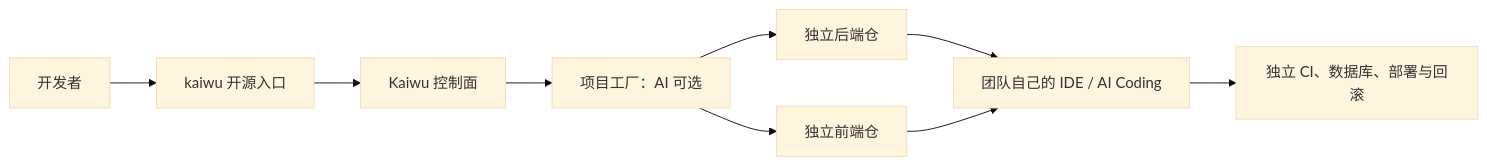
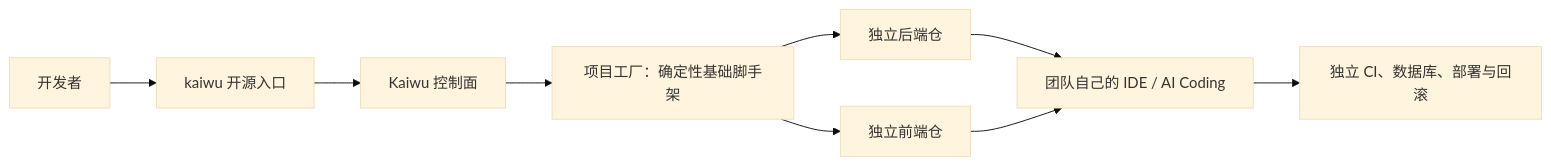
The diagram in README.md (kaiwuzaidao/kaiwu), drawn with Mermaid (base theme) before and after one commit. The commit also changed other lines of this file and 9 other files, not shown here.

````diff
--- a/README.md
+++ b/README.md
@@ -55,11 +58,11 @@
 ```mermaid
 flowchart LR
     User["开发者"] --> Entry["kaiwu 开源入口"]
     Entry --> Platform["Kaiwu 控制面"]
-    Platform --> Factory["项目工厂：AI 可选"]
+    Platform --> Factory["项目工厂：确定性基础脚手架"]
     Factory --> Backend["独立后端仓"]
     Factory --> Frontend["独立前端仓"]
     Backend --> Coding["团队自己的 IDE / AI Coding"]
     Frontend --> Coding
     Coding --> Delivery["独立 CI、数据库、部署与回滚"]
 ```
````
